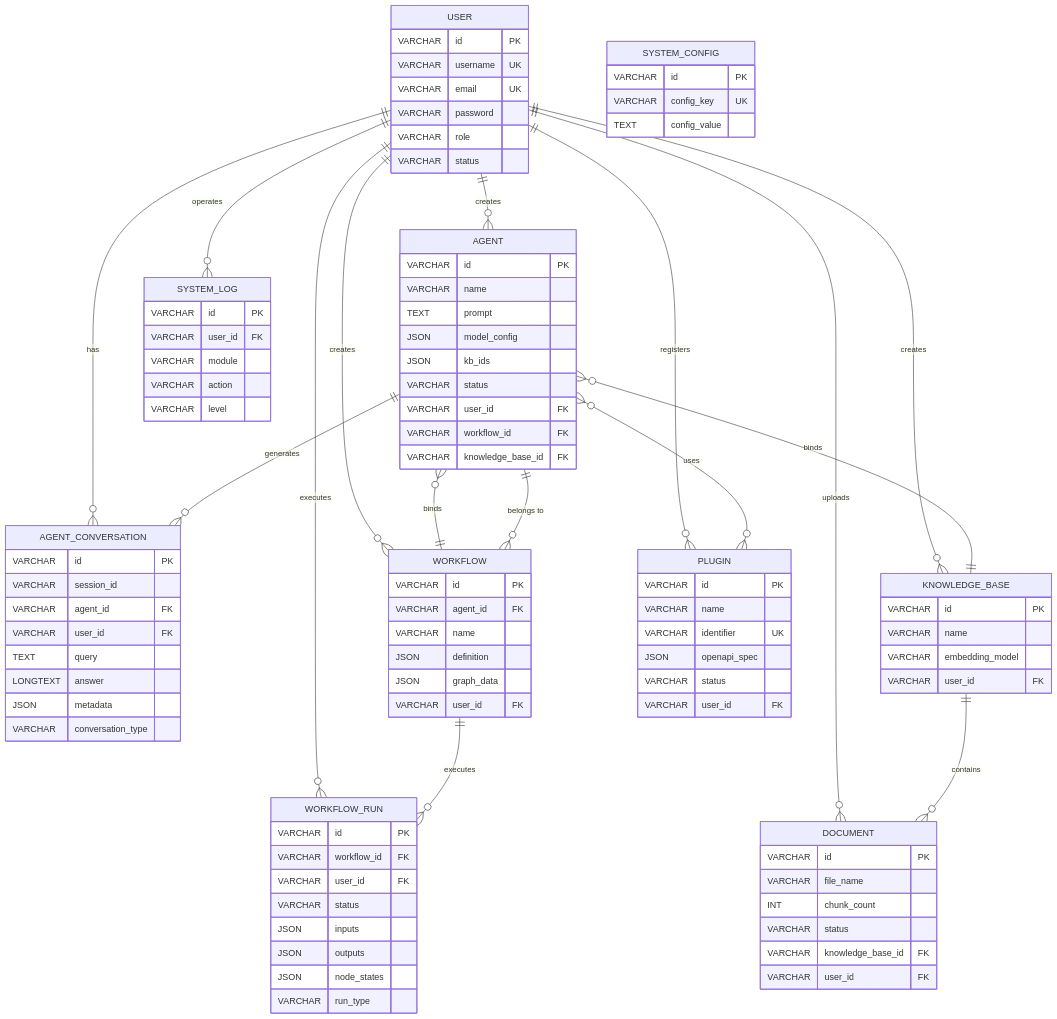
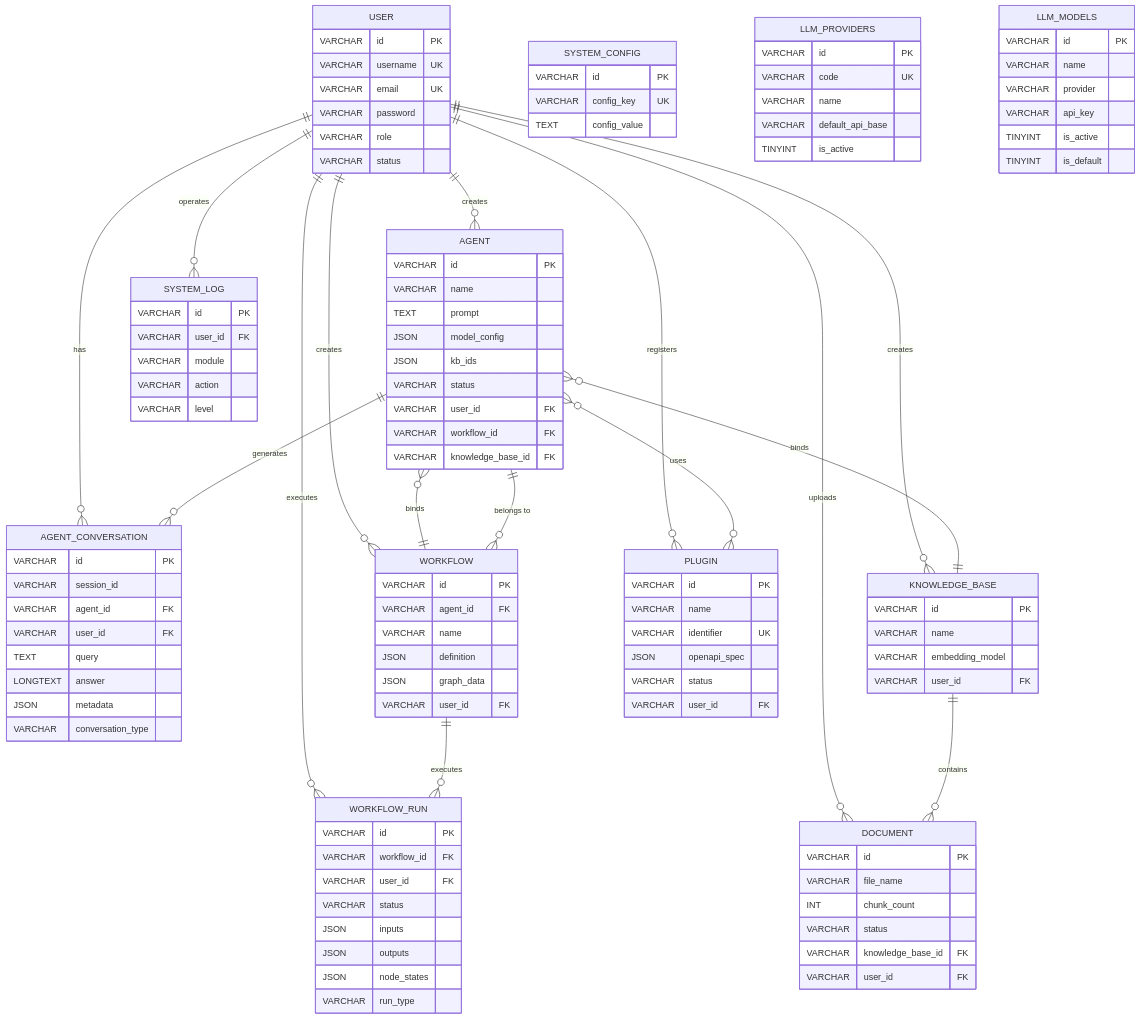
Before and after one commit to Jessica-LIJIE/ai-agent-platform: the diagram in docs/database.md, drawn with Mermaid. The commit also changed other lines of this file and 2 other files, not shown here.

Commit message:
feat: update llm models in db doc and code (#17)

```diff
--- a/docs/database.md
+++ b/docs/database.md
@@ -388,6 +463,21 @@
         VARCHAR config_key UK
         TEXT config_value
     }
+    LLM_PROVIDERS {
+        VARCHAR id PK
+        VARCHAR code UK
+        VARCHAR name
+        VARCHAR default_api_base
+        TINYINT is_active
+    }
+    LLM_MODELS {
+        VARCHAR id PK
+        VARCHAR name
+        VARCHAR provider
+        VARCHAR api_key
+        TINYINT is_active
+        TINYINT is_default
+    }
     
     USER ||--o{ AGENT : "creates"
     USER ||--o{ AGENT_CONVERSATION : "has"
```
